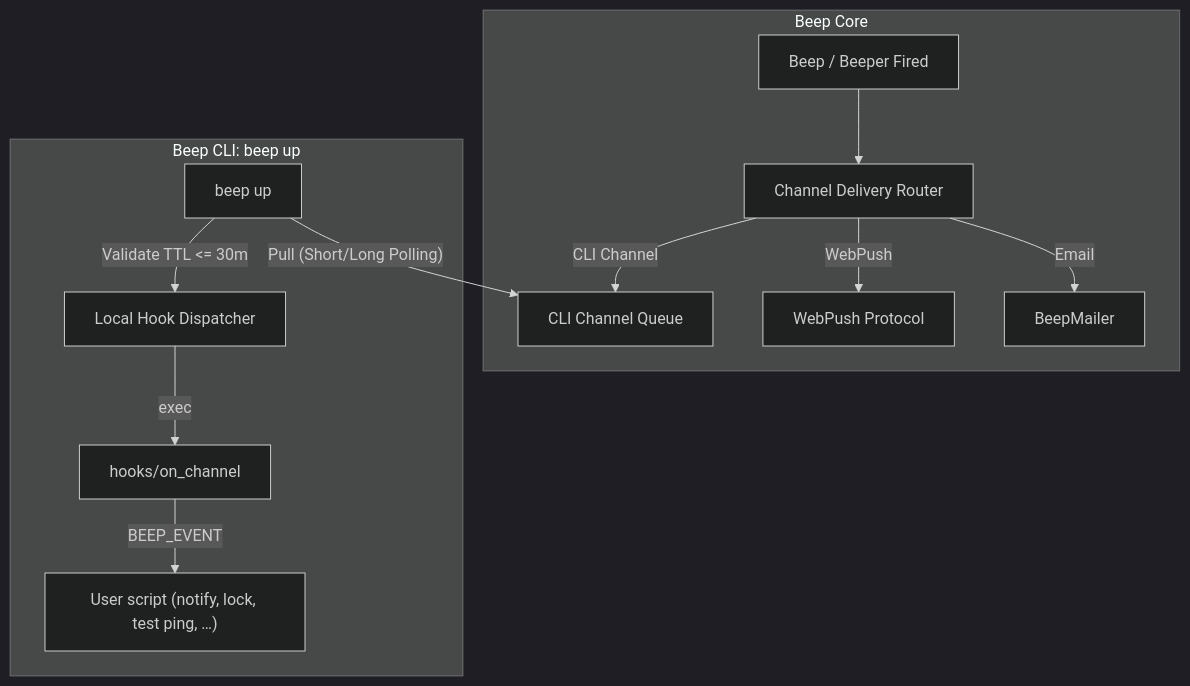
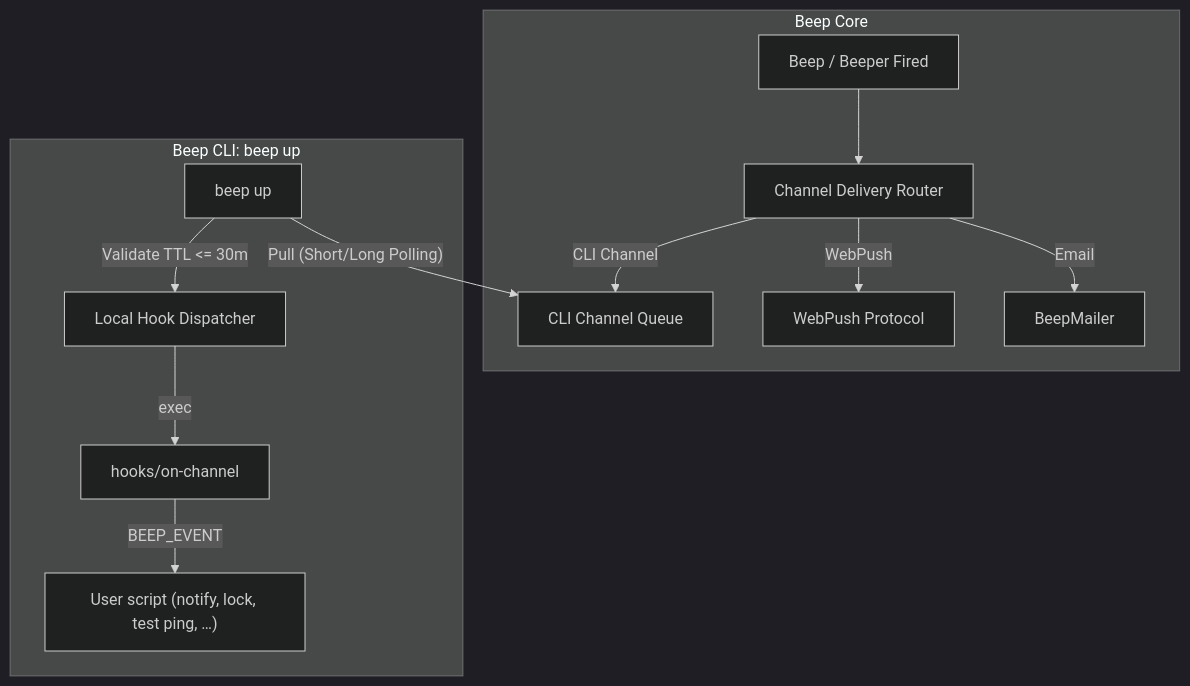
The diagram in docs/architecture/channel.md (yuler/beep), drawn with Mermaid (dark theme) before and after one commit. The commit also changed other lines of this file and 6 other files, not shown here.

First line of the commit message:
♻️ [channel] Rename local hook to on-channel and drop legacy fallbacks

````diff
--- a/docs/architecture/channel.md
+++ b/docs/architecture/channel.md
@@ -9,16 +9,16 @@
 ```mermaid
 flowchart TD
   subgraph Cloud [Beep Core]
     Beep["Beep / Beeper Fired"] --> Router[Channel Delivery Router]
     Router -->|Email| Mail[BeepMailer]
     Router -->|WebPush| FCM[WebPush Protocol]
     Router -->|CLI Channel| CliInbox[CLI Channel Queue]
   end
 
   subgraph Host ["Beep CLI: beep up"]
     Daemon["beep up"] -->|"Pull (Short/Long Polling)"| CliInbox
     Daemon -->|"Validate TTL <= 30m"| HookRunner[Local Hook Dispatcher]
-    HookRunner -->|exec| OnChannel["hooks/on_channel"]
+    HookRunner -->|exec| OnChannel["hooks/on-channel"]
     OnChannel -->|BEEP_EVENT| Action["User script (notify, lock, test ping, …)"]
   end
 ```
````
